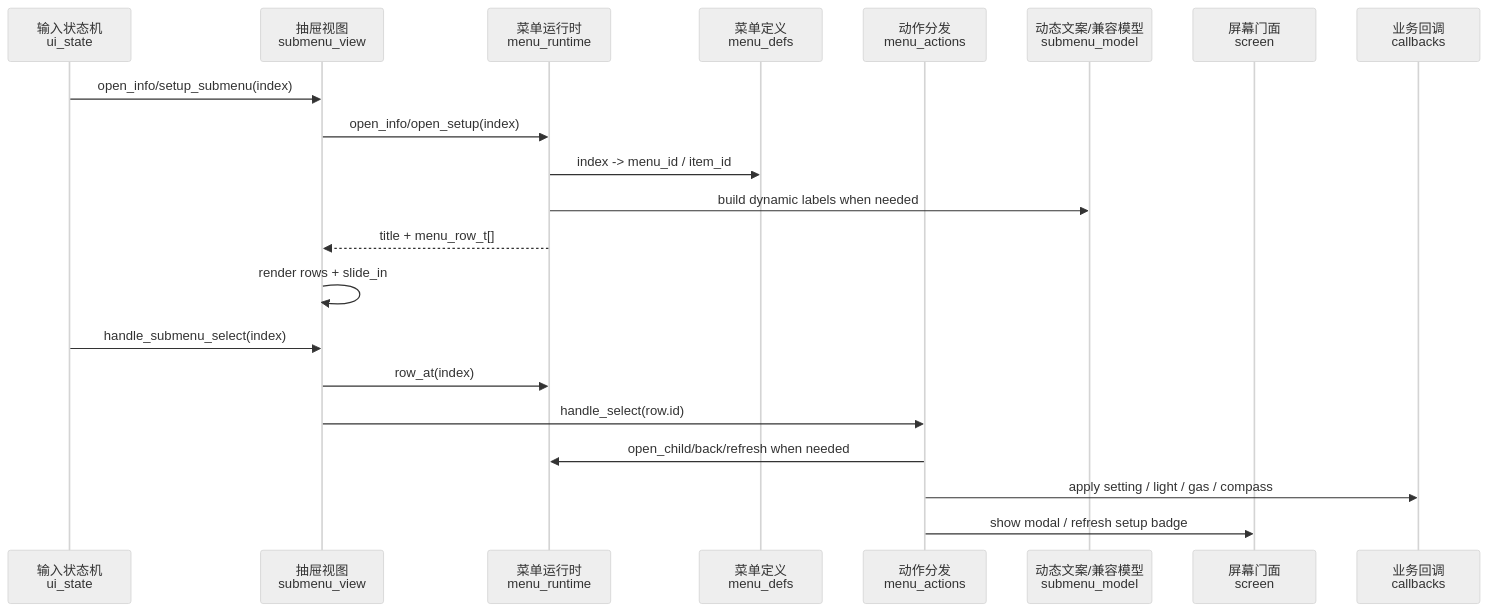
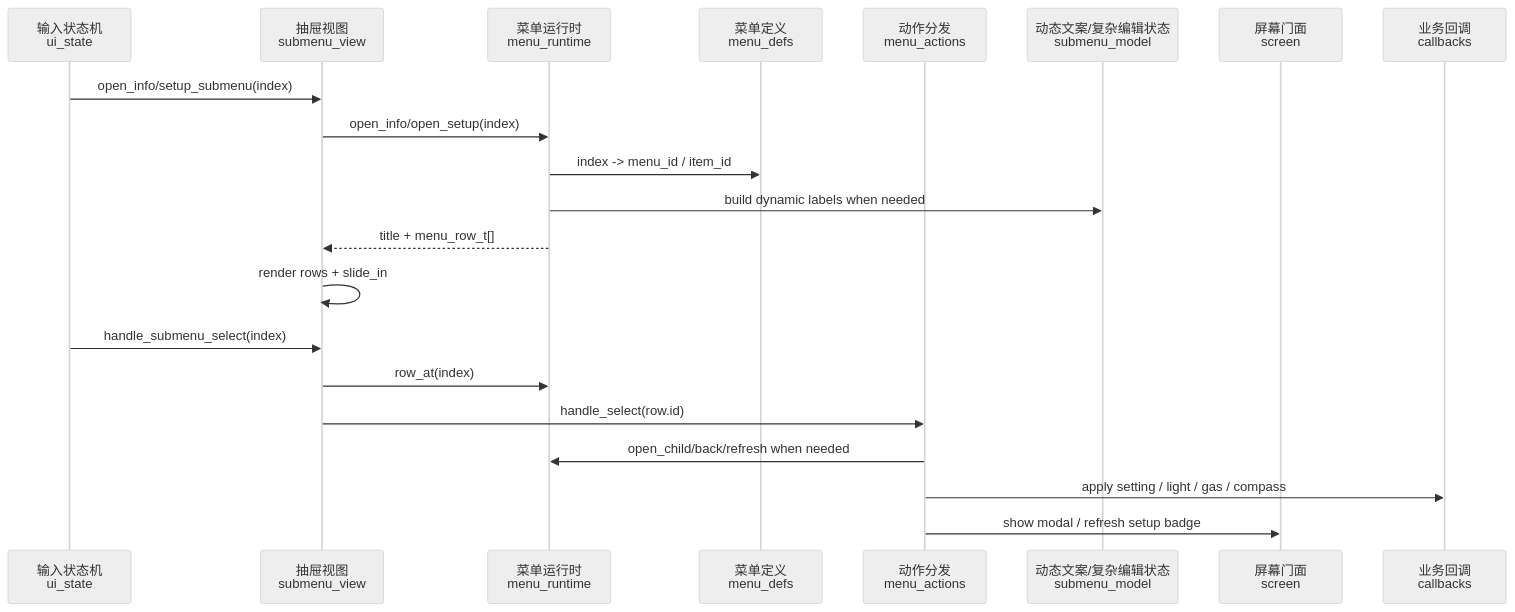
One commit to arexvision/lv_port_win_codeblocks-release-v8.3_hasGroup changed the fourth of 6 diagrams in UI_html_DOC/UI_MODULE_MAP.md. Above: the diagram before and after it, drawn with Mermaid (neutral theme). The commit also changed other lines of this file and 7 other files, not shown here.

````diff
--- a/UI_html_DOC/UI_MODULE_MAP.md
+++ b/UI_html_DOC/UI_MODULE_MAP.md
@@ -100,25 +100,25 @@
 ```mermaid
 sequenceDiagram
     participant Input as 输入状态机<br/>ui_state
     participant View as 抽屉视图<br/>submenu_view
     participant Runtime as 菜单运行时<br/>menu_runtime
     participant Defs as 菜单定义<br/>menu_defs
     participant Actions as 动作分发<br/>menu_actions
-    participant Model as 动态文案/兼容模型<br/>submenu_model
+    participant Model as 动态文案/复杂编辑状态<br/>submenu_model
     participant Screen as 屏幕门面<br/>screen
     participant Callback as 业务回调<br/>callbacks
 
     Input->>View: open_info/setup_submenu(index)
     View->>Runtime: open_info/open_setup(index)
     Runtime->>Defs: index -> menu_id / item_id
     Runtime->>Model: build dynamic labels when needed
     Runtime-->>View: title + menu_row_t[]
     View->>View: render rows + slide_in
 
     Input->>View: handle_submenu_select(index)
     View->>Runtime: row_at(index)
     View->>Actions: handle_select(row.id)
     Actions->>Runtime: open_child/back/refresh when needed
     Actions->>Callback: apply setting / light / gas / compass
     Actions->>Screen: show modal / refresh setup badge
 ```
````
